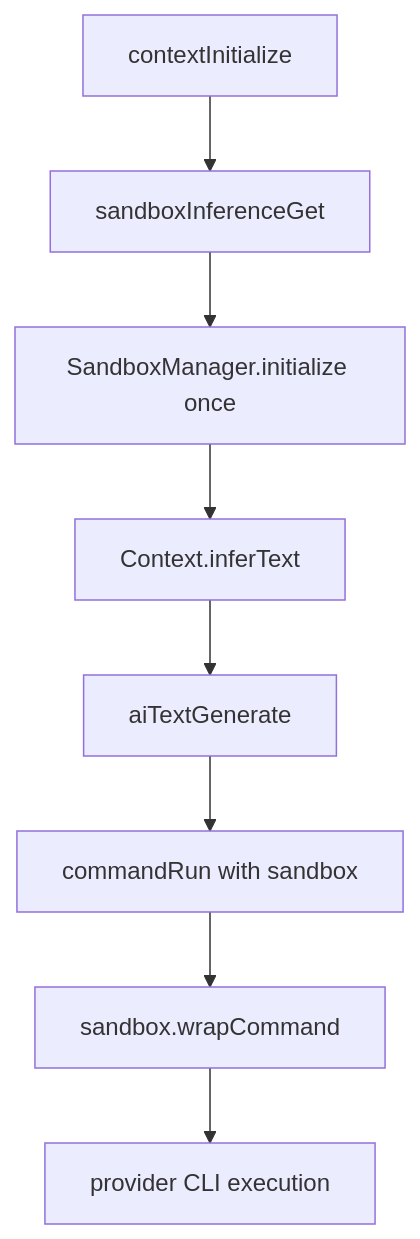
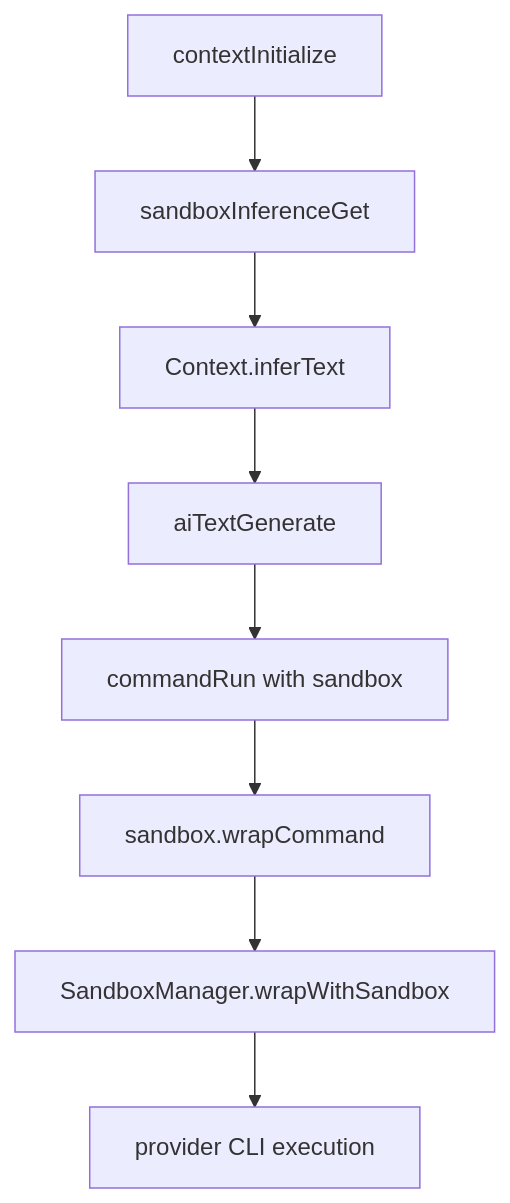
One commit to ex3ndr/holdmybeer changed the diagram in doc/inference-sandbox.md. Above: the diagram before and after it, drawn with Mermaid. The commit also changed other lines of this file and 2 other files, not shown here.

Commit message:
fix(sandbox): remove inference network config

````diff
--- a/doc/inference-sandbox.md
+++ b/doc/inference-sandbox.md
@@ -14,10 +14,10 @@
 ```mermaid
 flowchart TD
   A[contextInitialize] --> B[sandboxInferenceGet]
-  B --> C[SandboxManager.initialize once]
-  C --> D[Context.inferText]
-  D --> E[aiTextGenerate]
-  E --> F[commandRun with sandbox]
-  F --> G[sandbox.wrapCommand]
+  B --> C[Context.inferText]
+  C --> D[aiTextGenerate]
+  D --> E[commandRun with sandbox]
+  E --> F[sandbox.wrapCommand]
+  F --> G[SandboxManager.wrapWithSandbox]
   G --> H[provider CLI execution]
 ```
````
